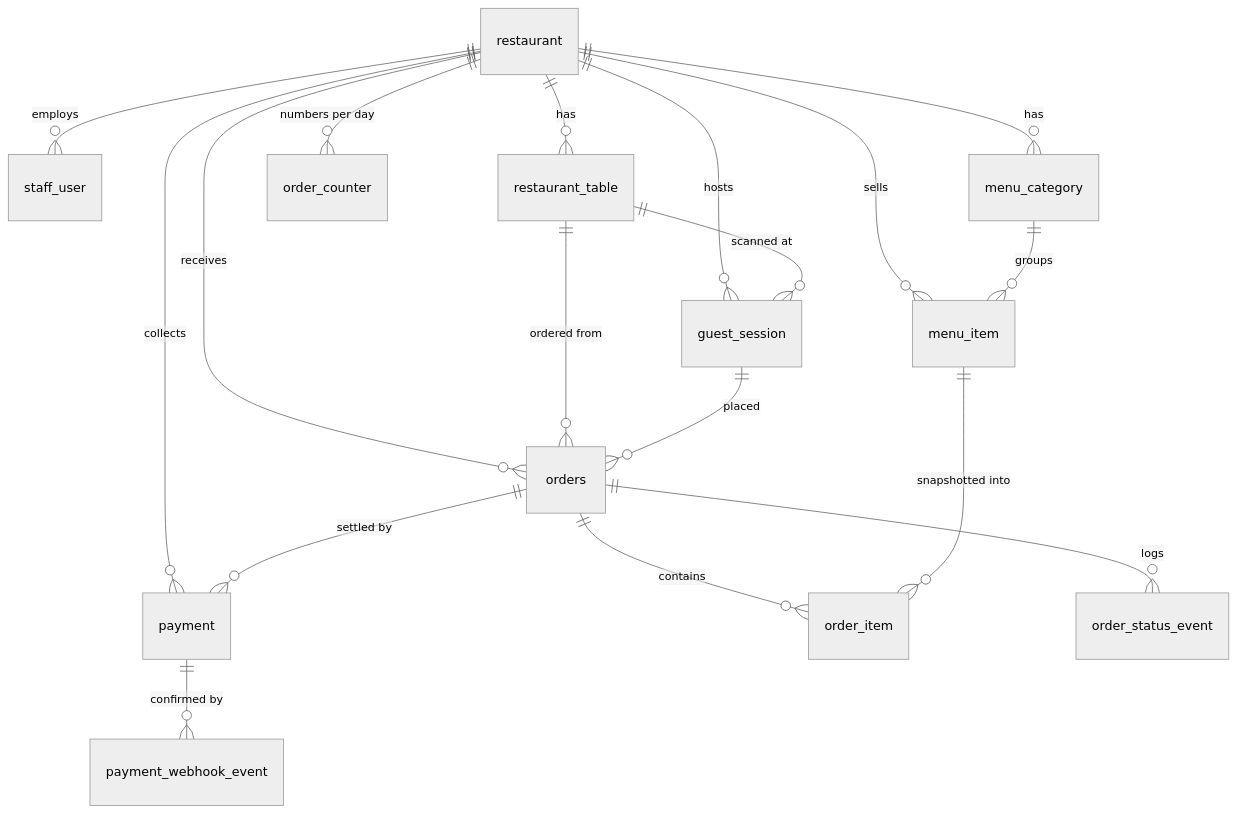
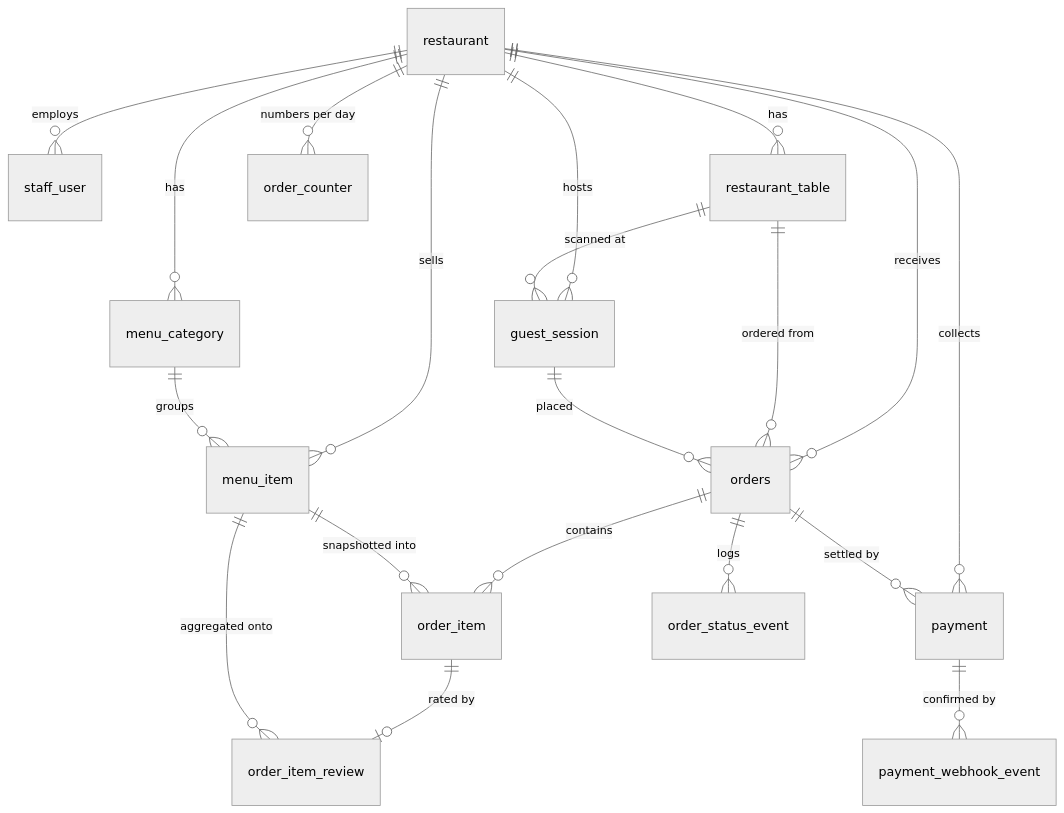
One commit to Adnankhan690/tableX changed the diagram in docs/LLD.md. Above: the diagram before and after it, drawn with Mermaid (neutral theme). The commit also changed other lines of this file and 57 other files, not shown here.

````diff
--- a/docs/LLD.md
+++ b/docs/LLD.md
@@ -121,25 +144,27 @@
 ```mermaid
 erDiagram
     restaurant ||--o{ staff_user : "employs"
     restaurant ||--o{ restaurant_table : "has"
     restaurant ||--o{ menu_category : "has"
     restaurant ||--o{ menu_item : "sells"
     restaurant ||--o{ order_counter : "numbers per day"
     restaurant ||--o{ orders : "receives"
     restaurant ||--o{ guest_session : "hosts"
     restaurant ||--o{ payment : "collects"
 
     menu_category ||--o{ menu_item : "groups"
 
     restaurant_table ||--o{ guest_session : "scanned at"
     restaurant_table ||--o{ orders : "ordered from"
 
     guest_session ||--o{ orders : "placed"
 
     orders ||--o{ order_item : "contains"
     orders ||--o{ order_status_event : "logs"
     orders ||--o{ payment : "settled by"
 
     menu_item ||--o{ order_item : "snapshotted into"
+    order_item ||--o| order_item_review : "rated by"
+    menu_item ||--o{ order_item_review : "aggregated onto"
     payment ||--o{ payment_webhook_event : "confirmed by"
 ```
````
